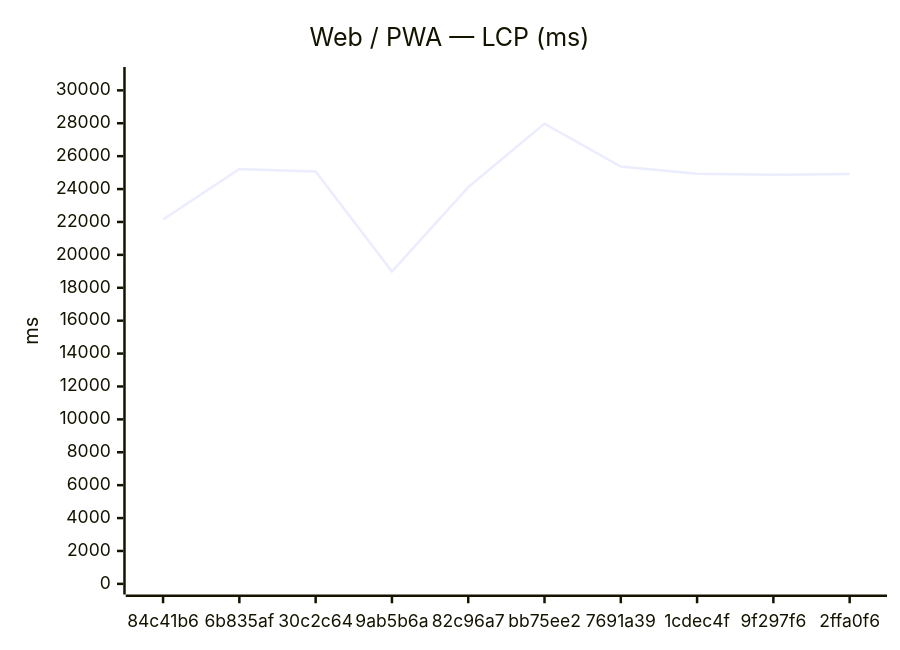
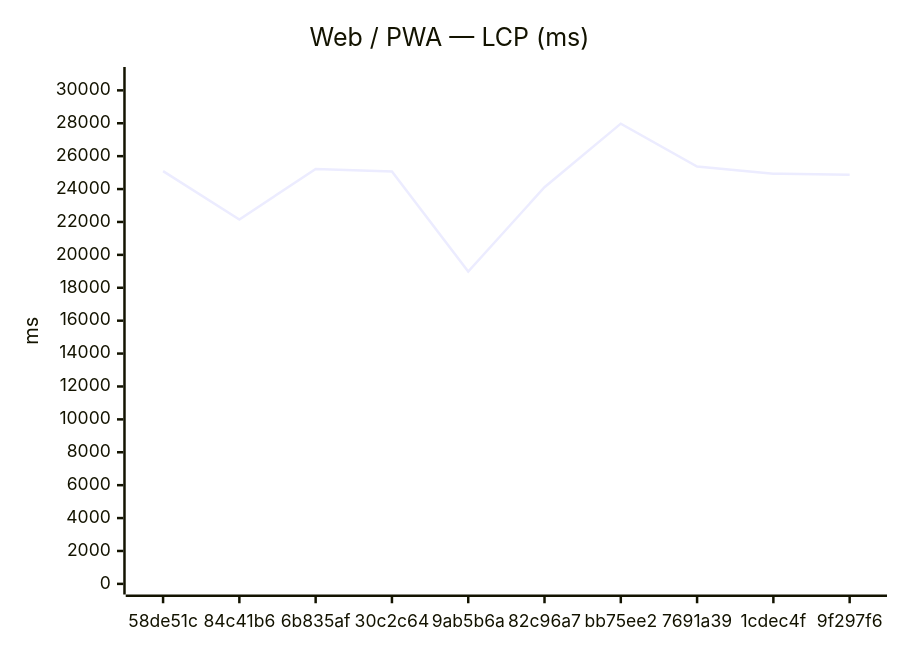
Before and after one commit to Metaheurist/Rianell: the first of 12 diagrams in benchmarks/compare.md, drawn with Mermaid. The commit also changed other lines of this file and 8 other files, not shown here.

````diff
--- a/benchmarks/compare.md
+++ b/benchmarks/compare.md
@@ -24,7 +24,7 @@
 ```mermaid
 xychart-beta
     title "Web / PWA — LCP (ms)"
-    x-axis ["84c41b6", "6b835af", "30c2c64", "9ab5b6a", "82c96a7", "bb75ee2", "7691a39", "1cdec4f", "9f297f6", "2ffa0f6"]
+    x-axis ["58de51c", "84c41b6", "6b835af", "30c2c64", "9ab5b6a", "82c96a7", "bb75ee2", "7691a39", "1cdec4f", "9f297f6"]
     y-axis "ms" 0 --> 30774
-    line [22152, 25215, 25064, 18985, 24113, 27976, 25370, 24933, 24873, 24910]
+    line [25092, 22152, 25215, 25064, 18985, 24113, 27976, 25370, 24933, 24873]
 ```
````
